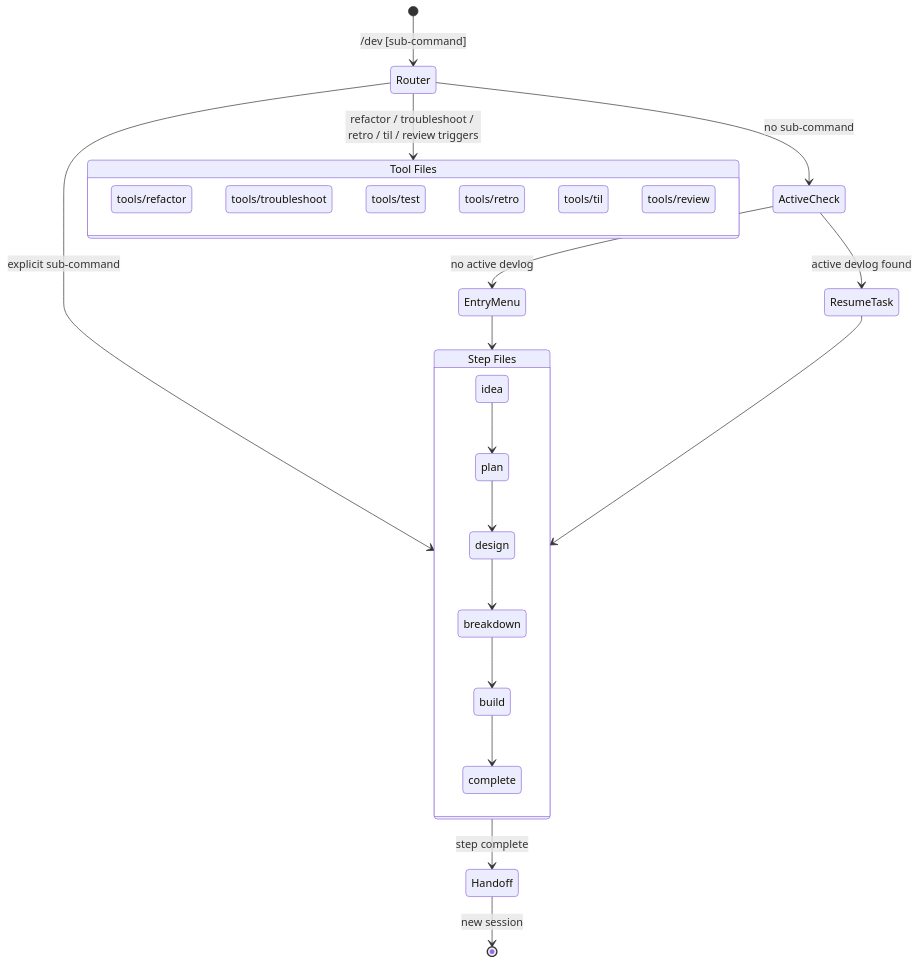
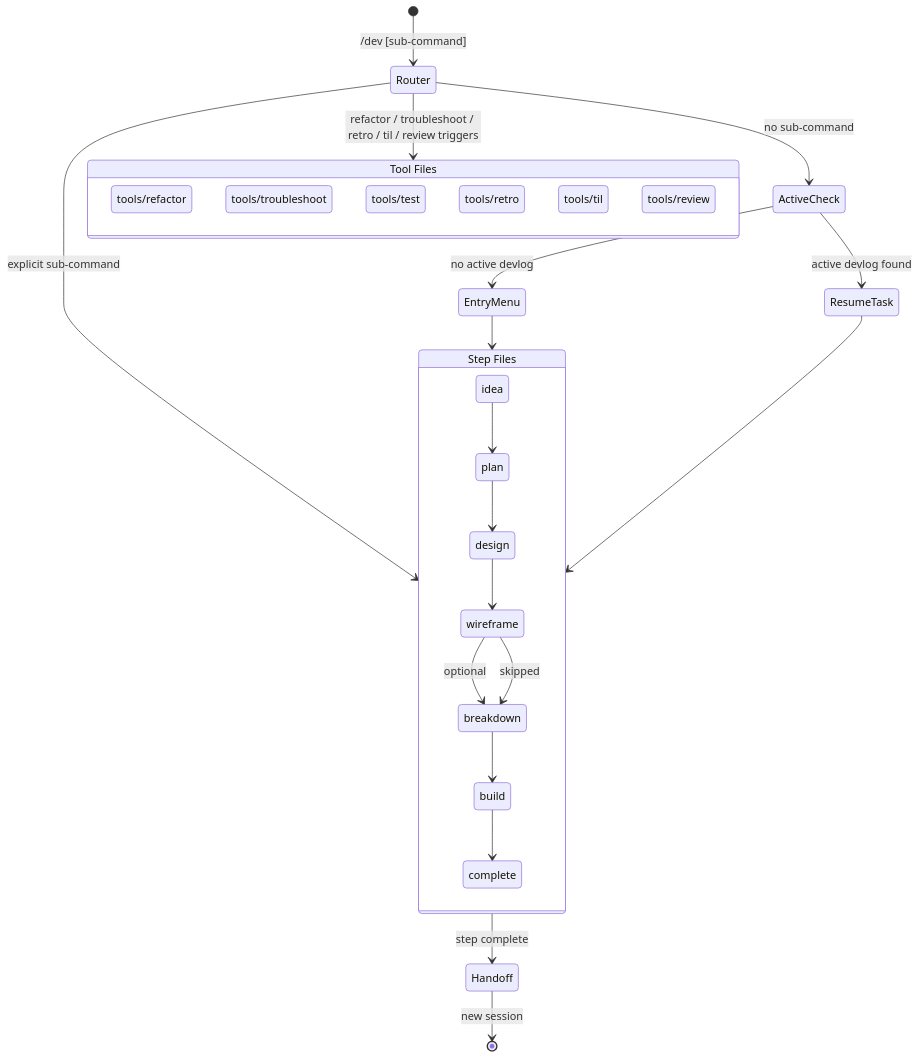
Before and after one commit to gloriaJun/grimoire: the diagram in skills/dev/SKILL.md, drawn with Mermaid. The commit also changed other lines of this file and 10 other files, not shown here.

First line of the commit message:
feat: add optional wireframe step to /dev skill

````diff
--- a/skills/dev/SKILL.md
+++ b/skills/dev/SKILL.md
@@ -26,34 +26,36 @@
 ```mermaid
 stateDiagram-v2
     [*] --> Router: /dev [sub-command]
 
     Router --> ActiveCheck: no sub-command
     Router --> DirectTool: refactor / troubleshoot / retro / til / review triggers
     Router --> StepFile: explicit sub-command
 
     ActiveCheck --> ResumeTask: active devlog found
     ActiveCheck --> EntryMenu: no active devlog
     EntryMenu --> StepFile
 
     ResumeTask --> StepFile
 
     state "Step Files" as StepFile {
         idea --> plan
         plan --> design
-        design --> breakdown
+        design --> wireframe
+        wireframe --> breakdown : optional
+        wireframe --> breakdown : skipped
         breakdown --> build
         build --> complete
     }
 
     state "Tool Files" as DirectTool {
         refactor_tool: tools/refactor
         troubleshoot_tool: tools/troubleshoot
         test_tool: tools/test
         retro_tool: tools/retro
         til_tool: tools/til
         review_tool: tools/review
     }
 
     StepFile --> Handoff: step complete
     Handoff --> [*]: new session
 ```
````
